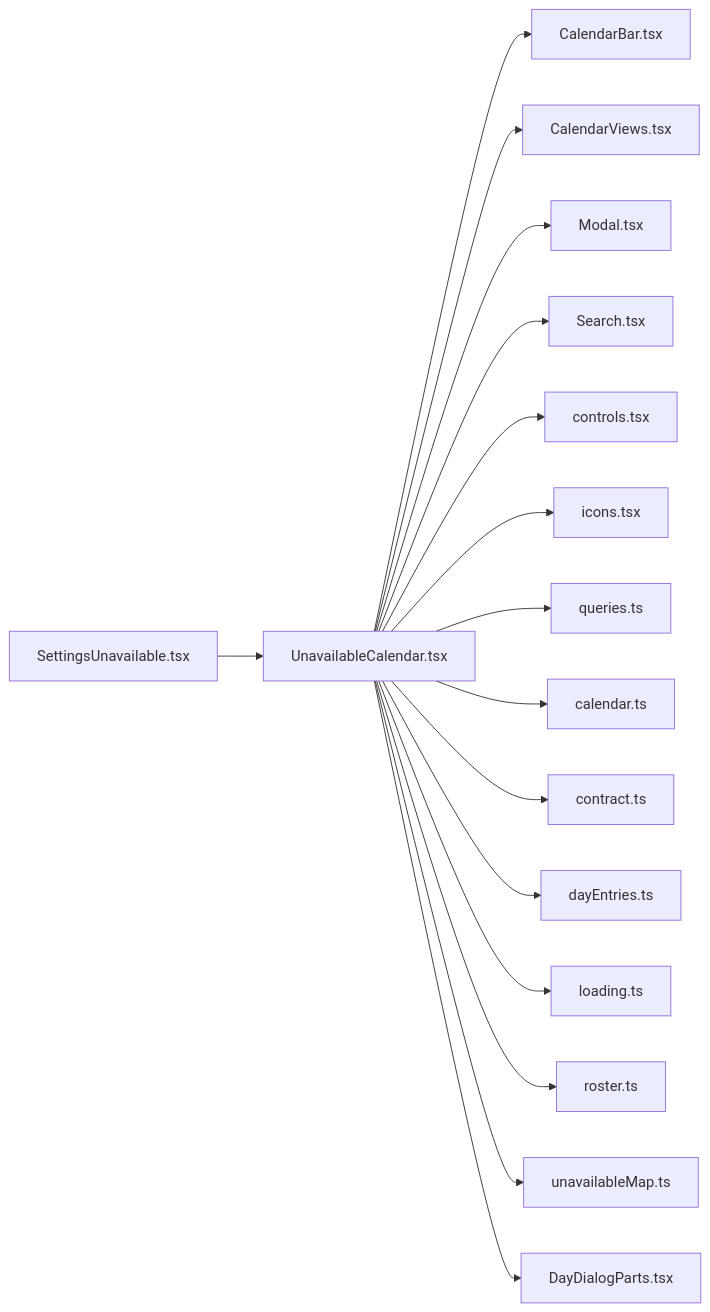
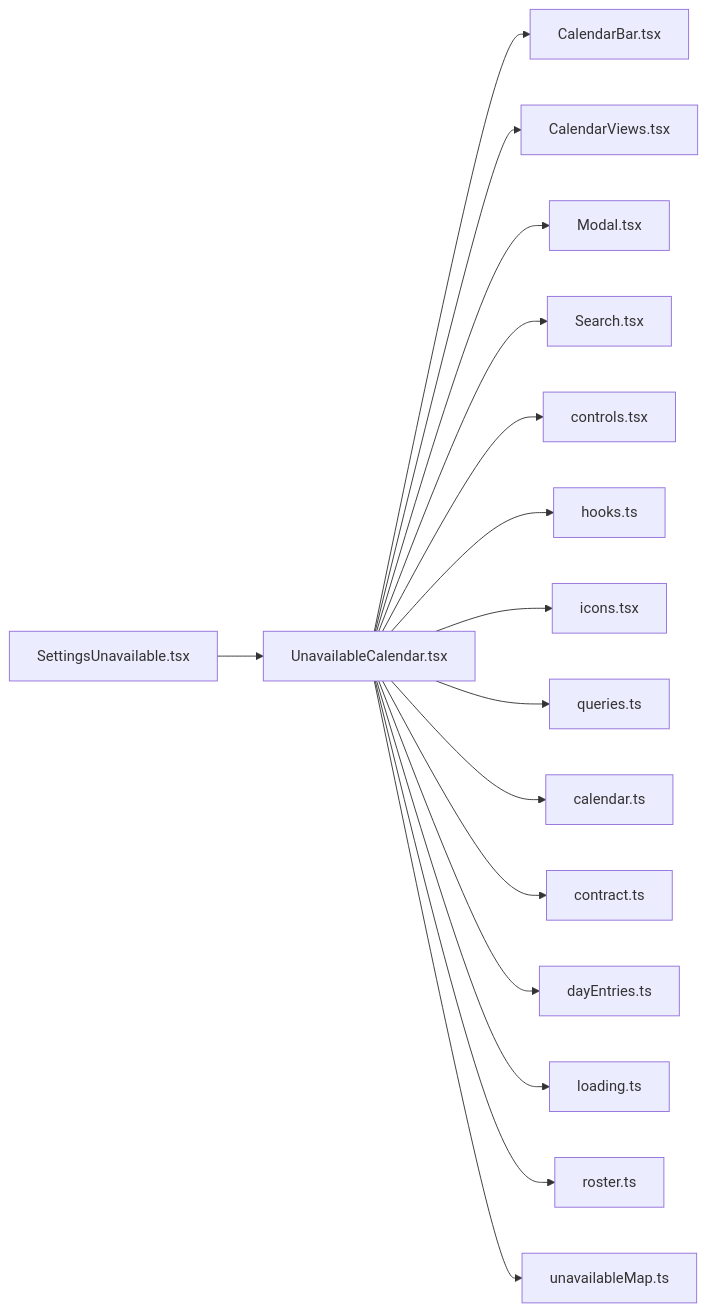
Before and after one commit to minkong-dev/Banblit: the diagram in .cluedoc/graph/frontend/src/routes/UnavailableCalendar.md, drawn with Mermaid. The commit also changed other lines of this file and 49 other files, not shown here.

First line of the commit message:
frontend: move queryKeys, server calls and screen hooks to queries, pipeline and per-screen hooks

````diff
--- a/.cluedoc/graph/frontend/src/routes/UnavailableCalendar.md
+++ b/.cluedoc/graph/frontend/src/routes/UnavailableCalendar.md
@@ -10,19 +10,19 @@
 ```mermaid
 flowchart LR
   frontend_src_routes_UnavailableCalendar["UnavailableCalendar.tsx"]
   frontend_src_routes_UnavailableCalendar --> frontend_src_components_CalendarBar["CalendarBar.tsx"]
   frontend_src_routes_UnavailableCalendar --> frontend_src_components_CalendarViews["CalendarViews.tsx"]
   frontend_src_routes_UnavailableCalendar --> frontend_src_components_Modal["Modal.tsx"]
   frontend_src_routes_UnavailableCalendar --> frontend_src_components_Search["Search.tsx"]
   frontend_src_routes_UnavailableCalendar --> frontend_src_components_controls["controls.tsx"]
+  frontend_src_routes_UnavailableCalendar --> frontend_src_components_hooks["hooks.ts"]
   frontend_src_routes_UnavailableCalendar --> frontend_src_components_icons["icons.tsx"]
   frontend_src_routes_UnavailableCalendar --> frontend_src_components_queries["queries.ts"]
   frontend_src_routes_UnavailableCalendar --> frontend_src_lib_calendar["calendar.ts"]
   frontend_src_routes_UnavailableCalendar --> frontend_src_lib_contract["contract.ts"]
   frontend_src_routes_UnavailableCalendar --> frontend_src_lib_dayEntries["dayEntries.ts"]
   frontend_src_routes_UnavailableCalendar --> frontend_src_lib_loading["loading.ts"]
   frontend_src_routes_UnavailableCalendar --> frontend_src_lib_roster["roster.ts"]
   frontend_src_routes_UnavailableCalendar --> frontend_src_lib_unavailableMap["unavailableMap.ts"]
-  frontend_src_routes_UnavailableCalendar --> frontend_src_routes_DayDialogParts["DayDialogParts.tsx"]
   frontend_src_routes_SettingsUnavailable["SettingsUnavailable.tsx"] --> frontend_src_routes_UnavailableCalendar
 ```
````
